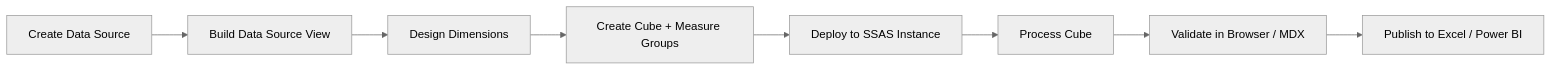
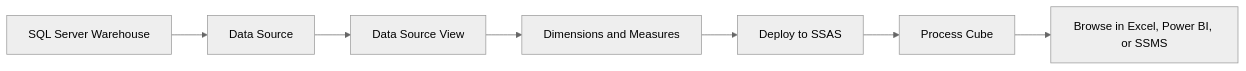
One commit to kumbulanit/SSAS-Fundamentals-SQL-Server-Analysis-Services changed the first of 5 diagrams in Day-01/building-and-deploying-ssas-cubes/building-and-deploying-ssas-cubes-theory.md. Above: the diagram before and after it, drawn with Mermaid (neutral theme). The commit also changed other lines of this file and 23 other files, not shown here.

````diff
--- a/Day-01/building-and-deploying-ssas-cubes/building-and-deploying-ssas-cubes-theory.md
+++ b/Day-01/building-and-deploying-ssas-cubes/building-and-deploying-ssas-cubes-theory.md
@@ -389,10 +254,9 @@
 ```mermaid
 flowchart LR
-	A[Create Data Source] --> B[Build Data Source View]
-	B --> C[Design Dimensions]
-	C --> D[Create Cube + Measure Groups]
-	D --> E[Deploy to SSAS Instance]
-	E --> F[Process Cube]
-	F --> G[Validate in Browser / MDX]
-	G --> H[Publish to Excel / Power BI]
+    A[SQL Server Warehouse] --> B[Data Source]
+    B --> C[Data Source View]
+    C --> D[Dimensions and Measures]
+    D --> E[Deploy to SSAS]
+    E --> F[Process Cube]
+    F --> G[Browse in Excel, Power BI, or SSMS]
 ```
````
